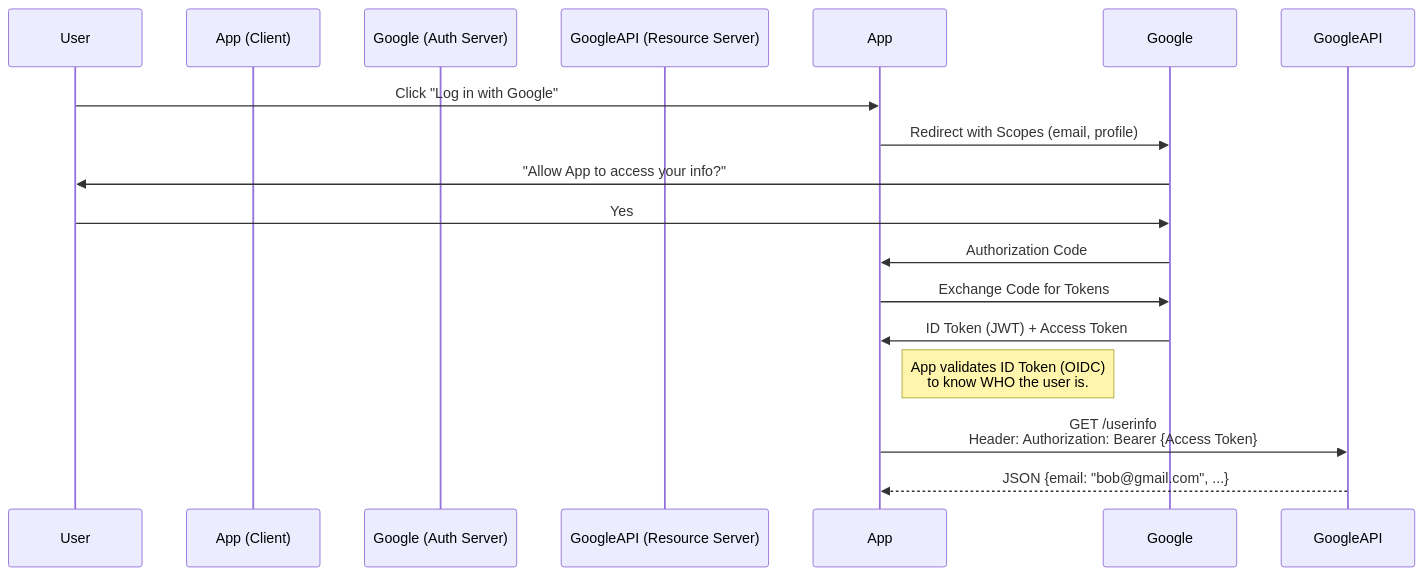
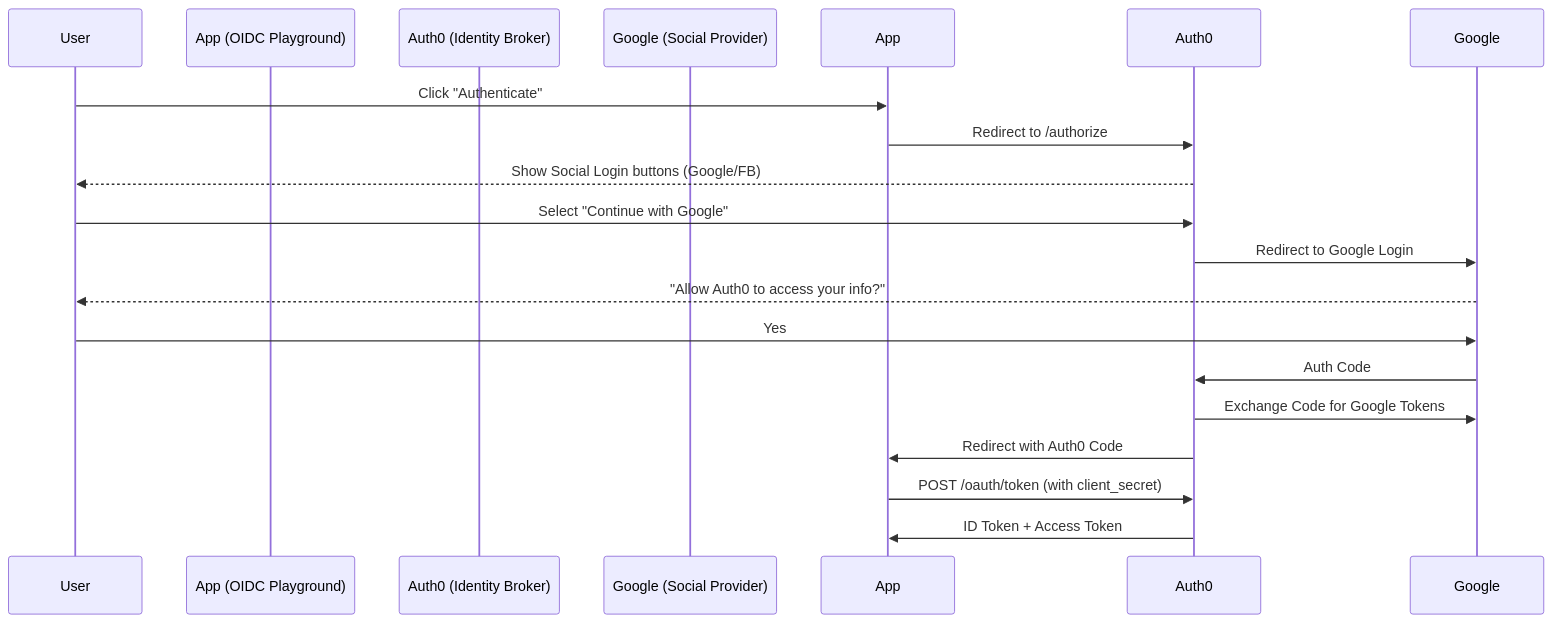
The diagram in OAUTH_JWT_MASTERCLASS.md (cloudbackenddev/rest-api-spec-fundamentals), drawn with Mermaid before and after one commit. The commit also changed other lines of this file, not shown here.

Commit message:
docs: updated oauth2 content

````diff
--- a/OAUTH_JWT_MASTERCLASS.md
+++ b/OAUTH_JWT_MASTERCLASS.md
@@ -147,20 +113,20 @@
 ```mermaid
 sequenceDiagram
     participant User
-    participant App (Client)
-    participant Google (Auth Server)
-    participant GoogleAPI (Resource Server)
+    participant App (OIDC Playground)
+    participant Auth0 (Identity Broker)
+    participant Google (Social Provider)
 
-    User->>App: Click "Log in with Google"
-    App->>Google: Redirect with Scopes (email, profile)
-    Google->>User: "Allow App to access your info?"
+    User->>App: Click "Authenticate"
+    App->>Auth0: Redirect to /authorize
+    Auth0-->>User: Show Social Login buttons (Google/FB)
+    User->>Auth0: Select "Continue with Google"
+    Auth0->>Google: Redirect to Google Login
+    Google-->>User: "Allow Auth0 to access your info?"
     User->>Google: Yes
-    Google->>App: Authorization Code
-    App->>Google: Exchange Code for Tokens
-    Google->>App: ID Token (JWT) + Access Token
-    
-    Note right of App: App validates ID Token (OIDC)<br/>to know WHO the user is.
-
-    App->>GoogleAPI: GET /userinfo<br/>Header: Authorization: Bearer {Access Token}
-    GoogleAPI-->>App: JSON {email: "bob@gmail.com", ...}
+    Google->>Auth0: Auth Code
+    Auth0->>Google: Exchange Code for Google Tokens
+    Auth0->>App: Redirect with Auth0 Code
+    App->>Auth0: POST /oauth/token (with client_secret)
+    Auth0->>App: ID Token + Access Token
 ```
````
